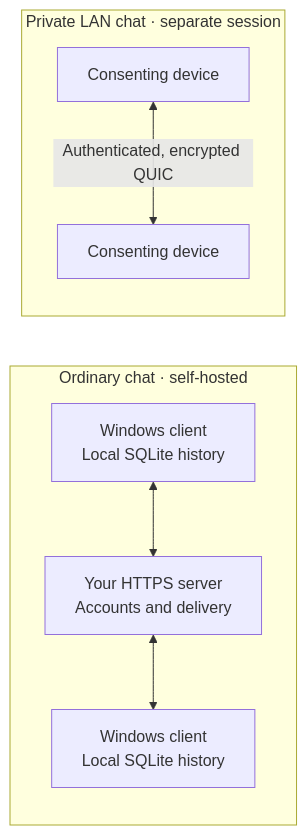
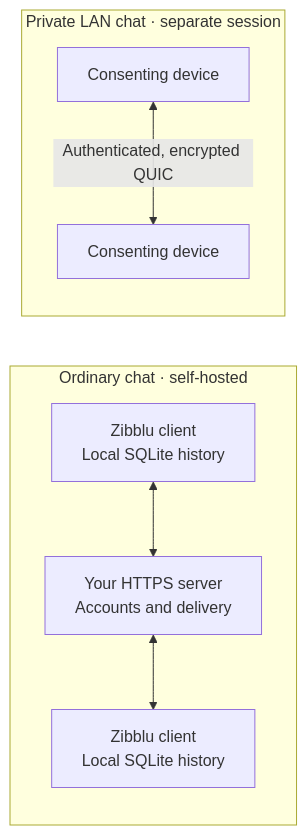
The diagram in README.md (openUrain/Zibblu), drawn with Mermaid before and after one commit.

Commit message:
docs(brand): show cross-platform clients in message-path diagram

````diff
--- a/README.md
+++ b/README.md
@@ -46,10 +46,10 @@
 ```mermaid
 flowchart LR
     subgraph Online["Ordinary chat · self-hosted"]
-        A["Windows client<br/>Local SQLite history"] <--> S["Your HTTPS server<br/>Accounts and delivery"]
-        S <--> B["Windows client<br/>Local SQLite history"]
+        A["Zibblu client<br/>Local SQLite history"] <--> S["Your HTTPS server<br/>Accounts and delivery"]
+        S <--> B["Zibblu client<br/>Local SQLite history"]
     end
     subgraph LAN["Private LAN chat · separate session"]
         C["Consenting device"] <-->|"Authenticated, encrypted QUIC"| D["Consenting device"]
     end
 ```
````
